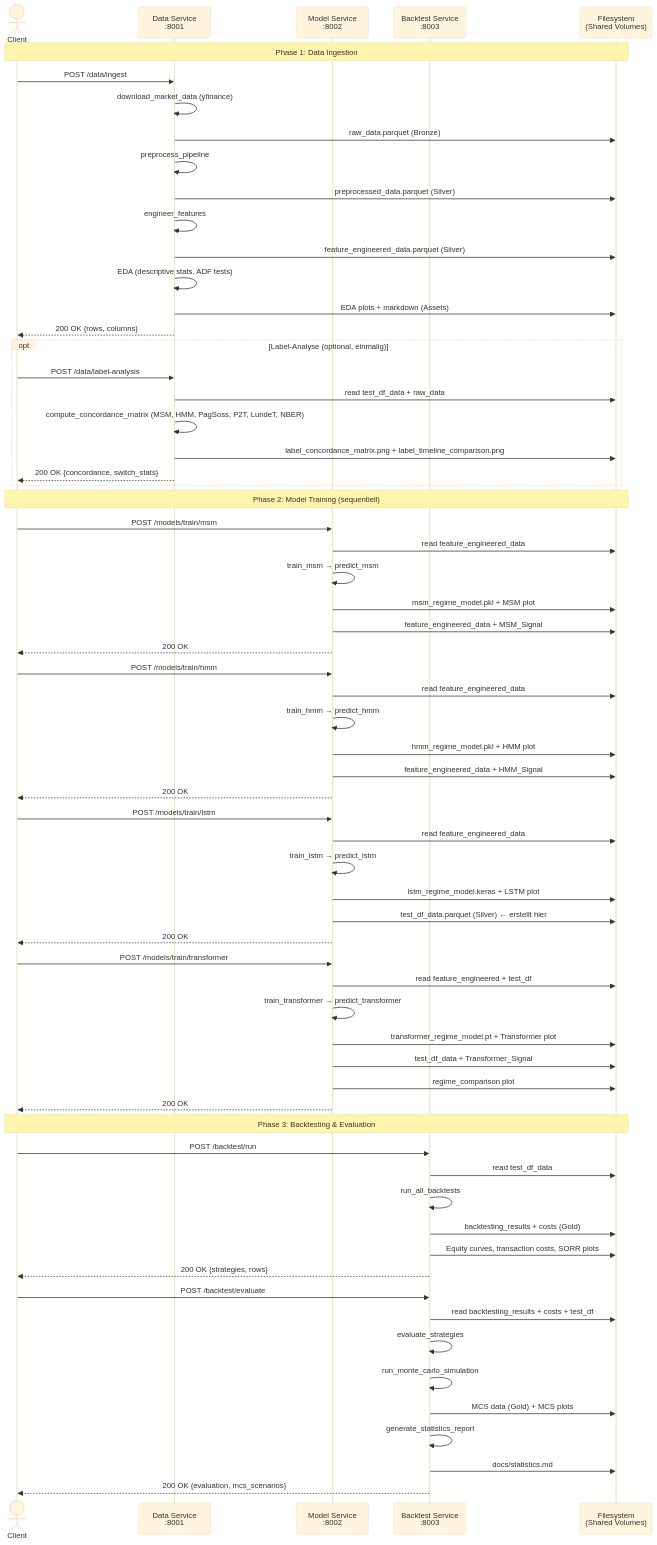
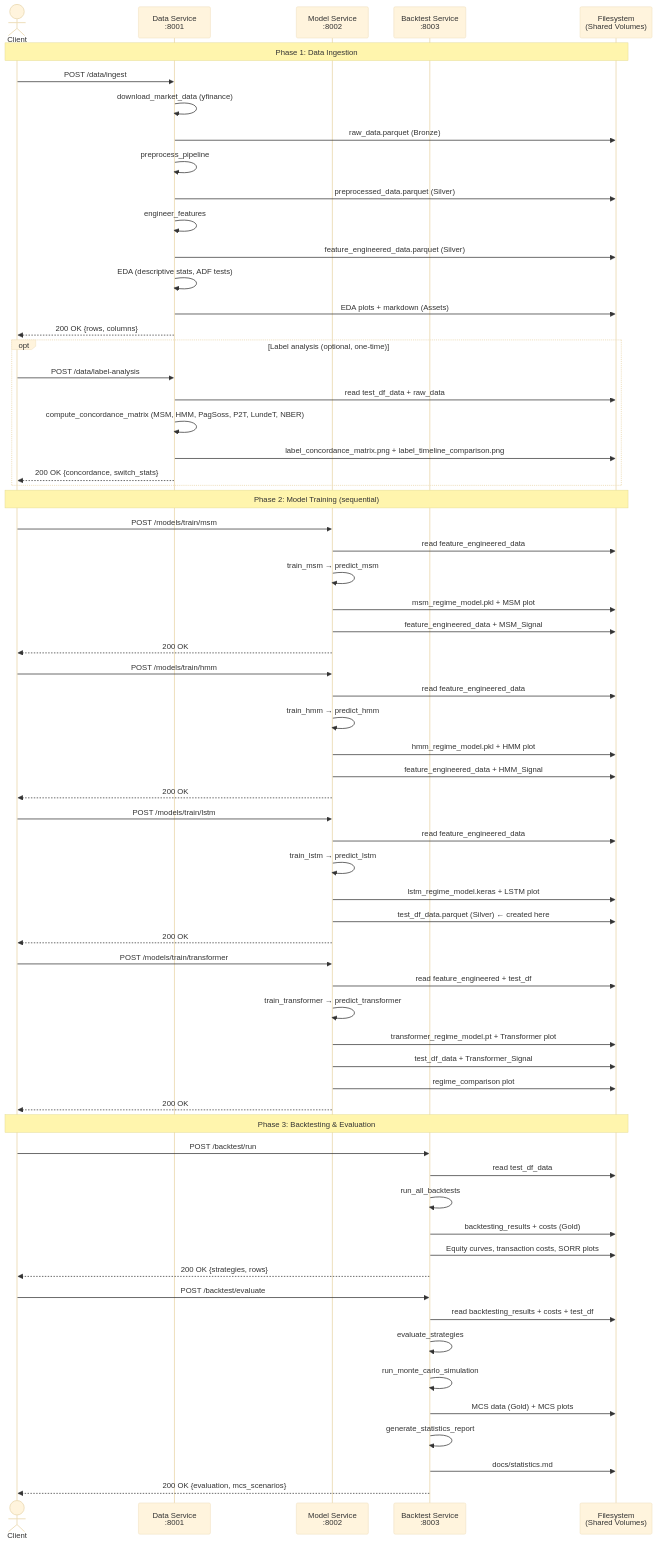
Before and after one commit to Torim98/regime-switching-daa-paper: the first of 3 diagrams in docs/microservice-sequence-diagram.md, drawn with Mermaid (base theme). The commit also changed other lines of this file and 7 other files, not shown here.

````diff
--- a/docs/microservice-sequence-diagram.md
+++ b/docs/microservice-sequence-diagram.md
@@ -5,75 +5,75 @@
 ```mermaid
 sequenceDiagram
     actor Client
     participant DS as Data Service<br/>:8001
     participant MS as Model Service<br/>:8002
     participant BS as Backtest Service<br/>:8003
     participant FS as Filesystem<br/>(Shared Volumes)
 
     Note over Client,FS: Phase 1: Data Ingestion
     Client->>DS: POST /data/ingest
     DS->>DS: download_market_data (yfinance)
     DS->>FS: raw_data.parquet (Bronze)
     DS->>DS: preprocess_pipeline
     DS->>FS: preprocessed_data.parquet (Silver)
     DS->>DS: engineer_features
     DS->>FS: feature_engineered_data.parquet (Silver)
     DS->>DS: EDA (descriptive stats, ADF tests)
     DS->>FS: EDA plots + markdown (Assets)
     DS-->>Client: 200 OK {rows, columns}
 	
-    opt Label-Analyse (optional, einmalig)
+    opt Label analysis (optional, one-time)
         Client->>DS: POST /data/label-analysis
         DS->>FS: read test_df_data + raw_data
         DS->>DS: compute_concordance_matrix (MSM, HMM, PagSoss, P2T, LundeT, NBER)
         DS->>FS: label_concordance_matrix.png + label_timeline_comparison.png
         DS-->>Client: 200 OK {concordance, switch_stats}
     end
 
-    Note over Client,FS: Phase 2: Model Training (sequentiell)
+    Note over Client,FS: Phase 2: Model Training (sequential)
     Client->>MS: POST /models/train/msm
     MS->>FS: read feature_engineered_data
     MS->>MS: train_msm → predict_msm
     MS->>FS: msm_regime_model.pkl + MSM plot
     MS->>FS: feature_engineered_data + MSM_Signal
     MS-->>Client: 200 OK
 
     Client->>MS: POST /models/train/hmm
     MS->>FS: read feature_engineered_data
     MS->>MS: train_hmm → predict_hmm
     MS->>FS: hmm_regime_model.pkl + HMM plot
     MS->>FS: feature_engineered_data + HMM_Signal
     MS-->>Client: 200 OK
 
     Client->>MS: POST /models/train/lstm
     MS->>FS: read feature_engineered_data
     MS->>MS: train_lstm → predict_lstm
     MS->>FS: lstm_regime_model.keras + LSTM plot
-    MS->>FS: test_df_data.parquet (Silver) ← erstellt hier
+    MS->>FS: test_df_data.parquet (Silver) ← created here
     MS-->>Client: 200 OK
 
     Client->>MS: POST /models/train/transformer
     MS->>FS: read feature_engineered + test_df
     MS->>MS: train_transformer → predict_transformer
     MS->>FS: transformer_regime_model.pt + Transformer plot
     MS->>FS: test_df_data + Transformer_Signal
     MS->>FS: regime_comparison plot
     MS-->>Client: 200 OK
 
     Note over Client,FS: Phase 3: Backtesting & Evaluation
     Client->>BS: POST /backtest/run
     BS->>FS: read test_df_data
     BS->>BS: run_all_backtests
     BS->>FS: backtesting_results + costs (Gold)
     BS->>FS: Equity curves, transaction costs, SORR plots
     BS-->>Client: 200 OK {strategies, rows}
 
     Client->>BS: POST /backtest/evaluate
     BS->>FS: read backtesting_results + costs + test_df
     BS->>BS: evaluate_strategies
     BS->>BS: run_monte_carlo_simulation
     BS->>FS: MCS data (Gold) + MCS plots
     BS->>BS: generate_statistics_report
     BS->>FS: docs/statistics.md
     BS-->>Client: 200 OK {evaluation, mcs_scenarios}
 ```
````
